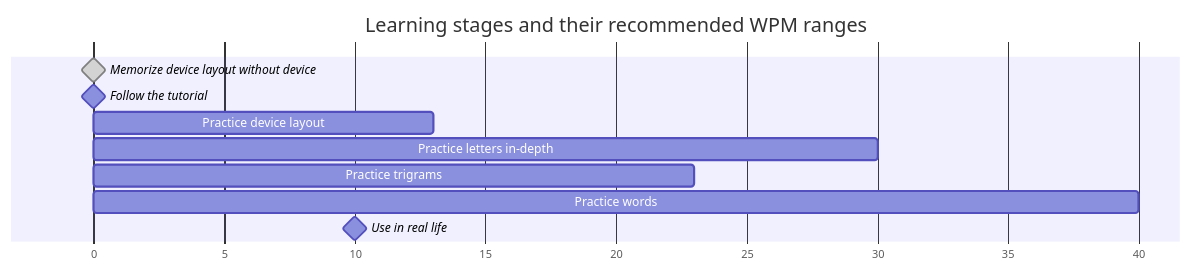
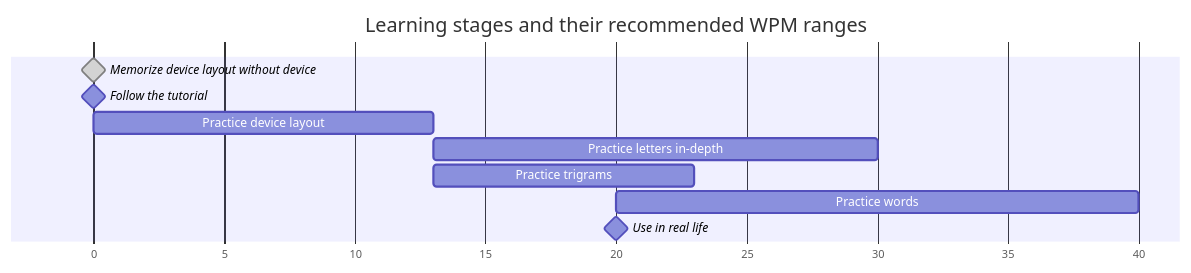
Before and after one commit to andy23512/blog-diagrams: the diagram in diagrams/en/learning-stages.mmd, drawn with Mermaid. The commit also changed 13 other files, not shown here.

First line of the commit message:
chore(deps): upgrade mermaid to 11.17.2 and puppeteer to 25

```diff
--- a/diagrams/en/learning-stages.mmd
+++ b/diagrams/en/learning-stages.mmd
@@ -1,15 +1,15 @@
 ---
 config:
   themeCSS: ".grid .tick line { stroke: #bbb; }"
 ---
 gantt
     title Learning stages and their recommended WPM ranges
-    dateFormat X
+    dateFormat x
     axisFormat %s
     Memorize device layout without device: milestone, done, 0, 0
     Follow the tutorial: milestone, 0, 0
-    Practice device layout: 0, 13
-    Practice letters in-depth: 13, 30
-    Practice trigrams: 13, 23
-    Practice words: 20, 40
-    Use in real life: milestone, 20, 20
+    Practice device layout: 0, 13000
+    Practice letters in-depth: 13000, 30000
+    Practice trigrams: 13000, 23000
+    Practice words: 20000, 40000
+    Use in real life: milestone, 20000, 20000
```
